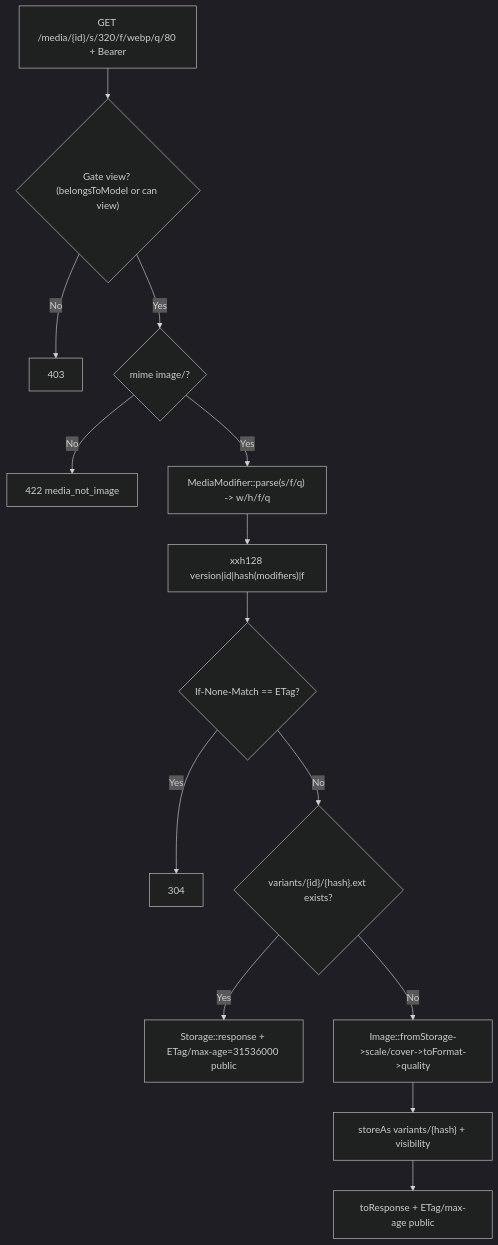
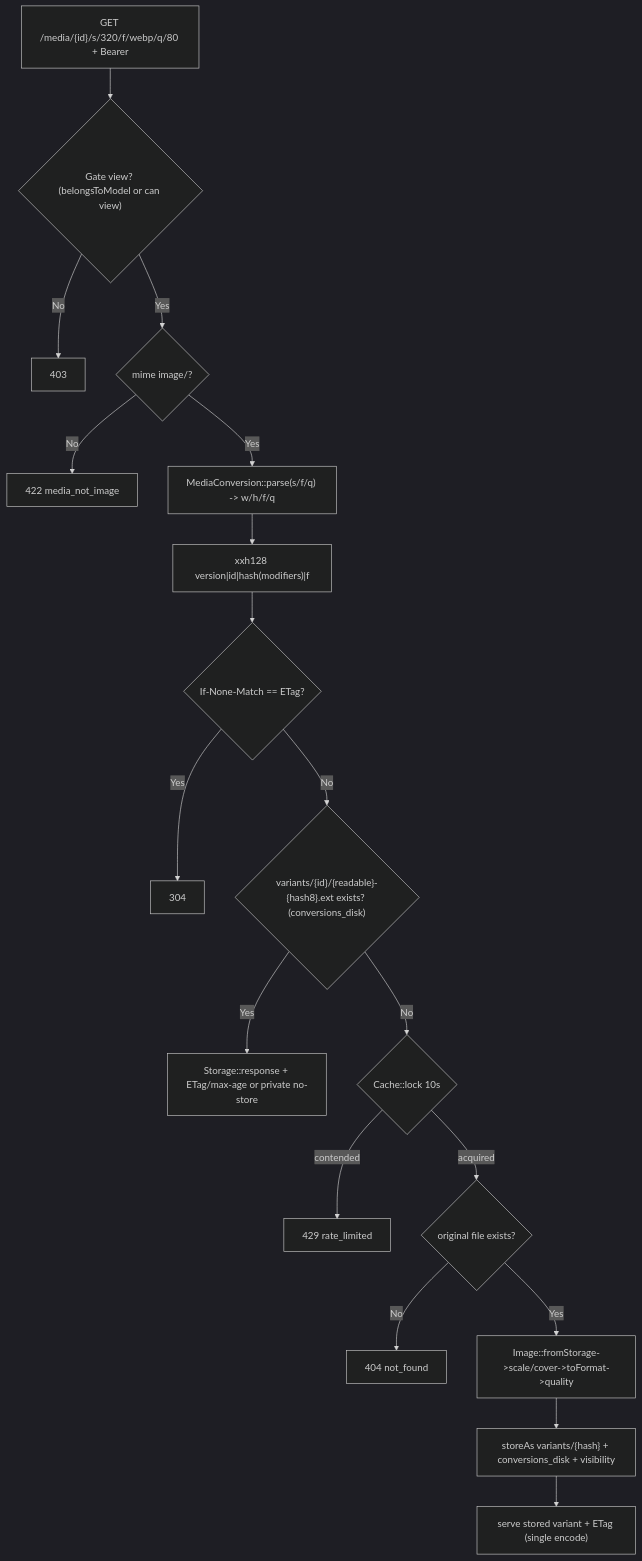
The third of 5 diagrams in modules/Media/README.md (thomiOmi/laravel-starterkit-api), drawn with Mermaid (dark theme) before and after one commit. The commit also changed other lines of this file, not shown here.

First line of the commit message:
docs(media): sync README with polymorphic implementation

````diff
--- a/modules/Media/README.md
+++ b/modules/Media/README.md
@@ -160,16 +177,20 @@
 ```mermaid
 flowchart TD
     Req["GET /media/{id}/s/320/f/webp/q/80 + Bearer"] --> Auth{"Gate view? (belongsToModel or can view)"}
     Auth -- No --> N403["403"]
     Auth -- Yes --> IsImg{"mime image/?"}
     IsImg -- No --> N422["422 media_not_image"]
-    IsImg -- Yes --> Parse["MediaModifier::parse(s/f/q) -> w/h/f/q"]
+    IsImg -- Yes --> Parse["MediaConversion::parse(s/f/q) -> w/h/f/q"]
     Parse --> ETag["xxh128 version|id|hash(modifiers)|f"]
     ETag --> Match{"If-None-Match == ETag?"}
     Match -- Yes --> N304["304"]
-    Match -- No --> Cache{"variants/{id}/{hash}.ext exists?"}
-    Cache -- Yes --> StreamCache["Storage::response + ETag/max-age=31536000 public"]
-    Cache -- No --> Gen["Image::fromStorage->scale/cover->toFormat->quality"]
-    Gen --> Write["storeAs variants/{hash} + visibility"]
-    Write --> StreamGen["toResponse + ETag/max-age public"]
+    Match -- No --> Cache{"variants/{id}/{readable}-{hash8}.ext exists? (conversions_disk)"}
+    Cache -- Yes --> StreamCache["Storage::response + ETag/max-age or private no-store"]
+    Cache -- No --> Lock{"Cache::lock 10s"}
+    Lock -- contended --> N429["429 rate_limited"]
+    Lock -- acquired --> ExistsOrig{"original file exists?"}
+    ExistsOrig -- No --> N404["404 not_found"]
+    ExistsOrig -- Yes --> Gen["Image::fromStorage->scale/cover->toFormat->quality"]
+    Gen --> Write["storeAs variants/{hash} + conversions_disk + visibility"]
+    Write --> StreamGen["serve stored variant + ETag (single encode)"]
 ```
````
